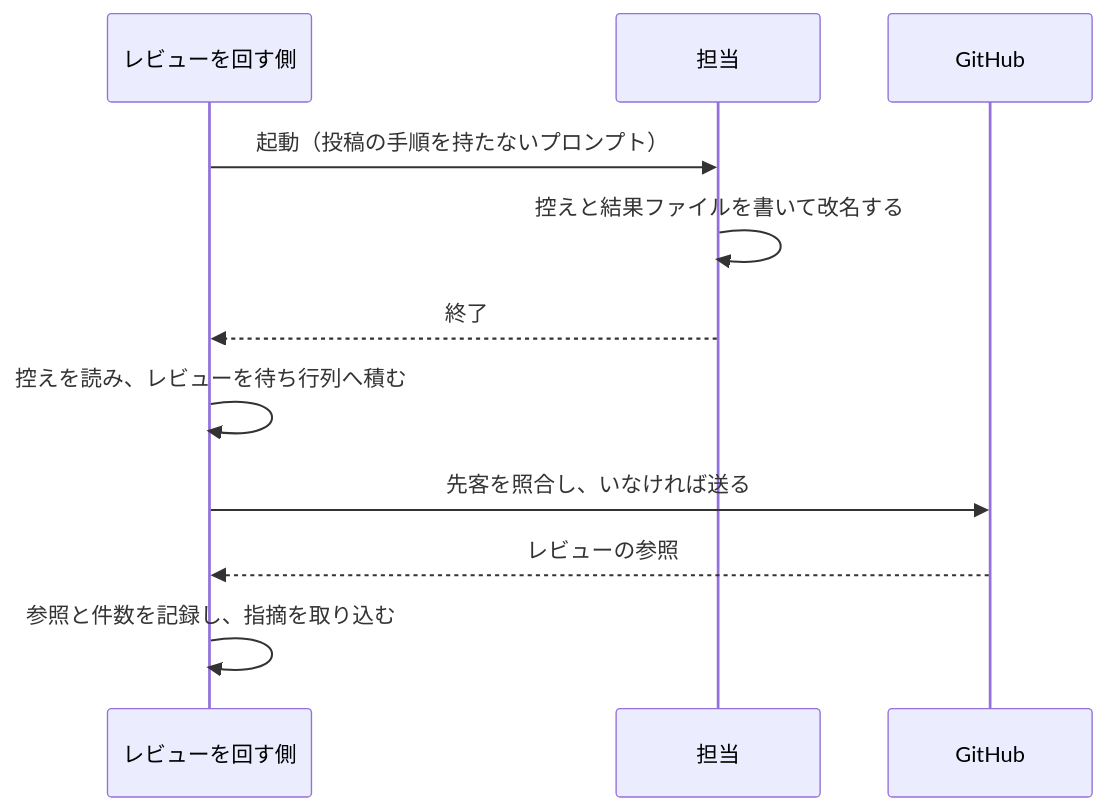
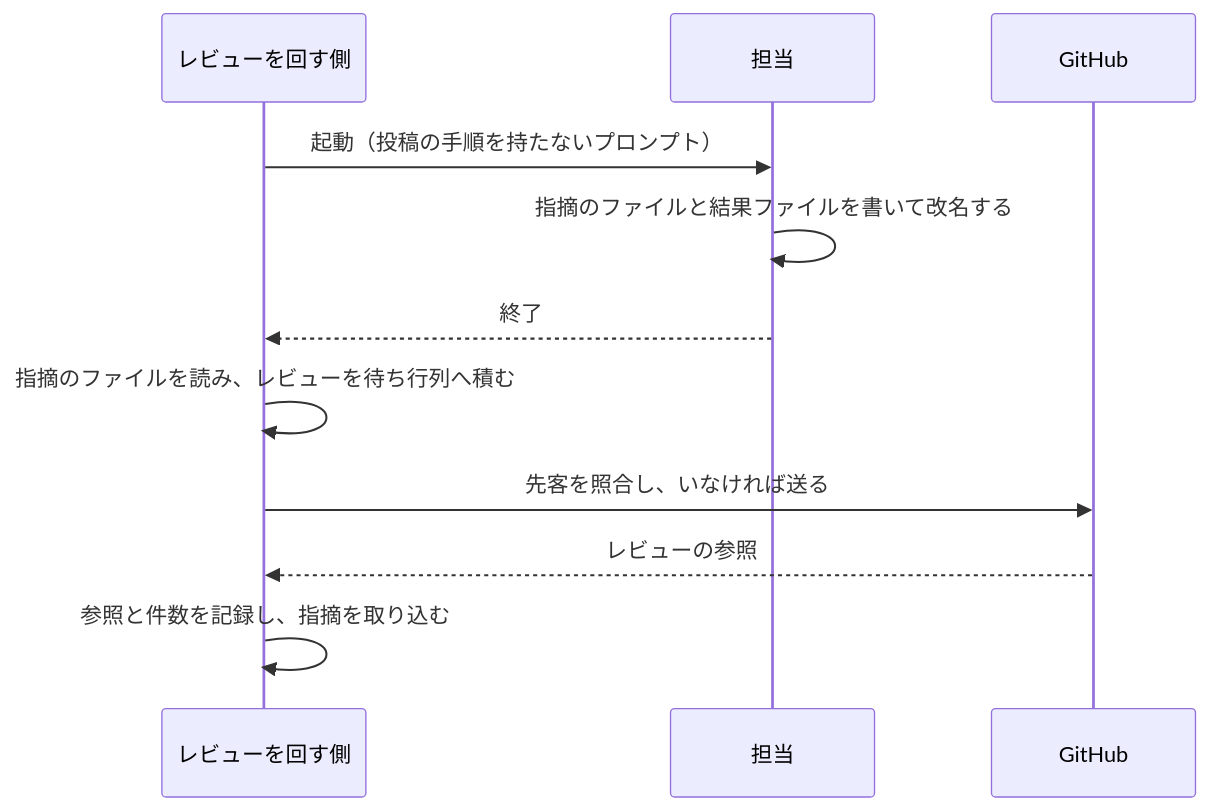
The first of 2 diagrams in docs/specifications/cross-review-writes-to-conductor.md (devbasex/ai-plugins), drawn with Mermaid before and after one commit. The commit also changed other lines of this file and 131 other files, not shown here.

````diff
--- a/docs/specifications/cross-review-writes-to-conductor.md
+++ b/docs/specifications/cross-review-writes-to-conductor.md
@@ -174,13 +174,13 @@
 ```mermaid
 sequenceDiagram
     participant M as レビューを回す側
     participant A as 担当
     participant G as GitHub
     M->>A: 起動（投稿の手順を持たないプロンプト）
-    A->>A: 控えと結果ファイルを書いて改名する
+    A->>A: 指摘のファイルと結果ファイルを書いて改名する
     A-->>M: 終了
-    M->>M: 控えを読み、レビューを待ち行列へ積む
+    M->>M: 指摘のファイルを読み、レビューを待ち行列へ積む
     M->>G: 先客を照合し、いなければ送る
     G-->>M: レビューの参照
     M->>M: 参照と件数を記録し、指摘を取り込む
 ```
````
